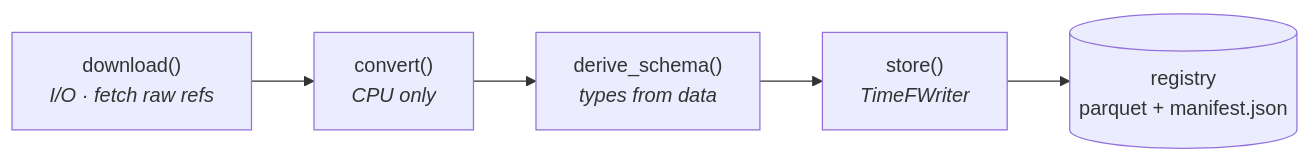
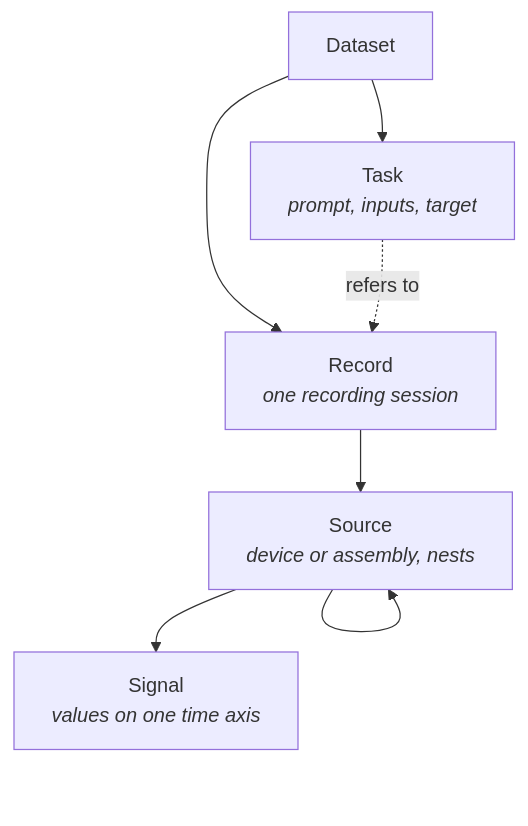
The diagram in docs/data-model/index.md (OpenTSLM/TimeNet), drawn with Mermaid before and after one commit. The commit also changed other lines of this file and 257 other files, not shown here.

````diff
--- a/docs/data-model/index.md
+++ b/docs/data-model/index.md
@@ -32,9 +28,14 @@
 ```mermaid
-flowchart LR
-    D["download()<br/><i>I/O · fetch raw refs</i>"]
-    C["convert()<br/><i>CPU only</i>"]
-    S["derive_schema()<br/><i>types from data</i>"]
-    W["store()<br/><i>TimeFWriter</i>"]
-    R[("registry<br/>parquet + manifest.json")]
-    D --> C --> S --> W --> R
+flowchart TB
+    DS["Dataset"]
+    TK["Task<br/><i>prompt, inputs, target</i>"]
+    RE["Record<br/><i>one recording session</i>"]
+    SO["Source<br/><i>device or assembly, nests</i>"]
+    SI["Signal<br/><i>values on one time axis</i>"]
+    DS --> TK
+    DS --> RE
+    TK -.->|refers to| RE
+    RE --> SO
+    SO --> SO
+    SO --> SI
 ```
````
